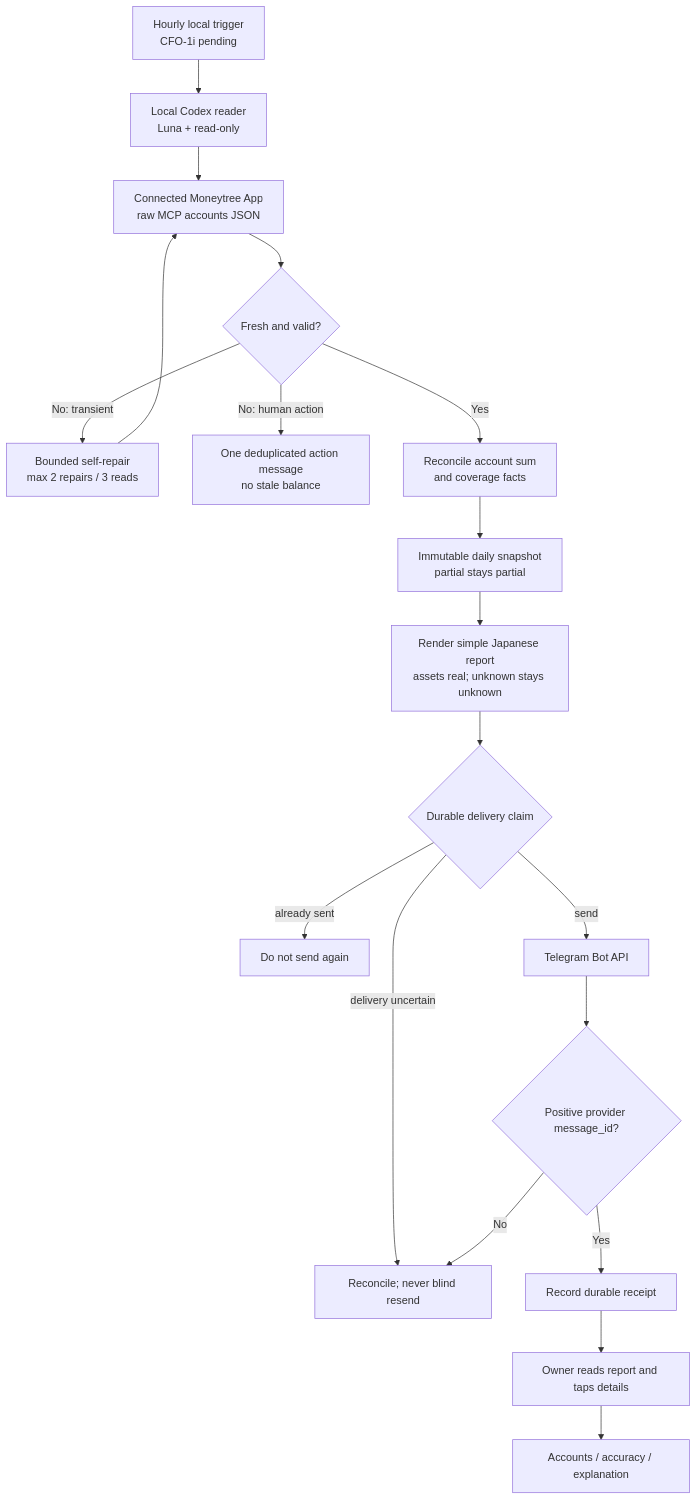
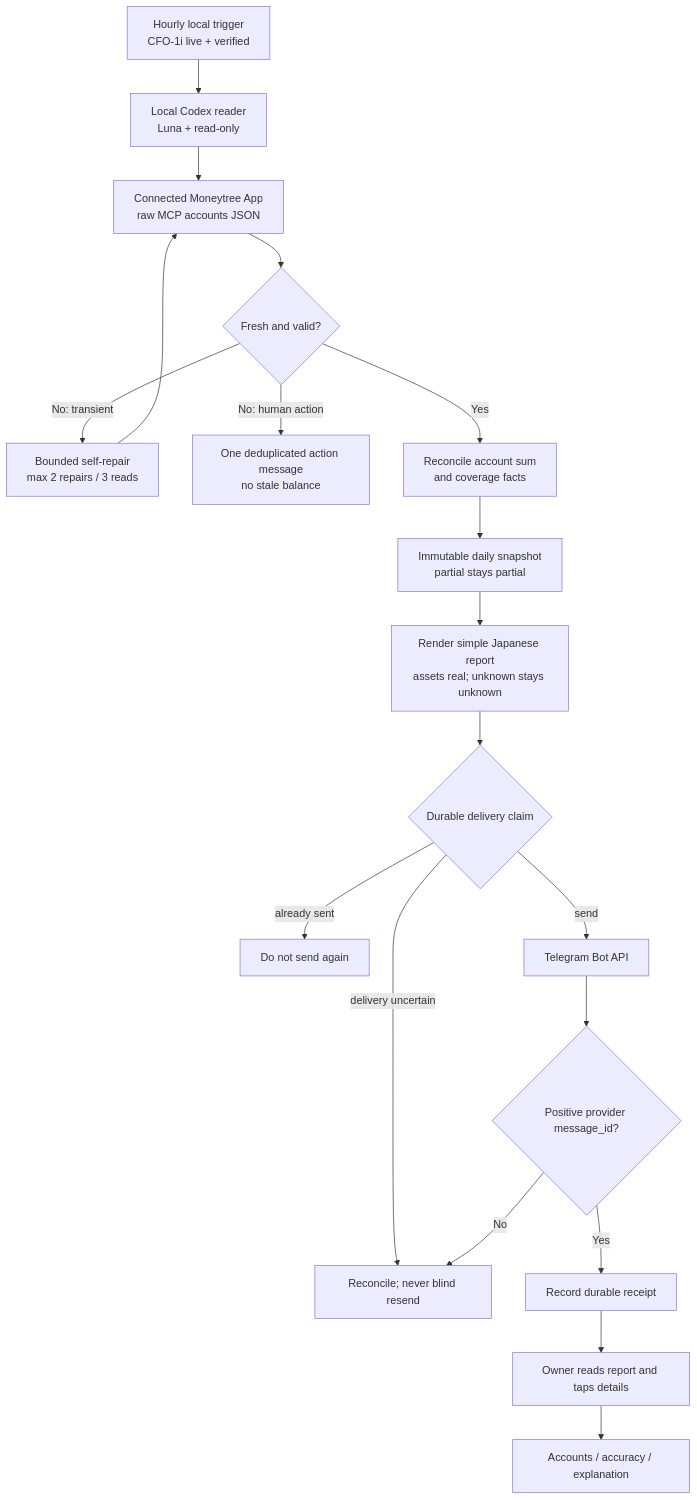
The second of 9 diagrams in docs/superpowers/specs/2026-08-06-life-manager-cfo-design.md (Daisuke134/anicca), drawn with Mermaid before and after one commit. The commit also changed other lines of this file and 1 other file, not shown here.

Commit message:
docs(cfo): close product stage seven

````diff
--- a/docs/superpowers/specs/2026-08-06-life-manager-cfo-design.md
+++ b/docs/superpowers/specs/2026-08-06-life-manager-cfo-design.md
@@ -92,21 +92,21 @@
 ```mermaid
 flowchart TD
-    CLOCK[Hourly local trigger\nCFO-1i pending] --> CR[Local Codex reader\nLuna + read-only]
+    CLOCK[Hourly local trigger\nCFO-1i live + verified] --> CR[Local Codex reader\nLuna + read-only]
     CR --> MT[Connected Moneytree App\nraw MCP accounts JSON]
     MT --> CHECK{Fresh and valid?}
     CHECK -->|No: transient| REPAIR[Bounded self-repair\nmax 2 repairs / 3 reads]
     REPAIR --> MT
     CHECK -->|No: human action| ONE[One deduplicated action message\nno stale balance]
     CHECK -->|Yes| RECON[Reconcile account sum\nand coverage facts]
     RECON --> SNAP[Immutable daily snapshot\npartial stays partial]
     SNAP --> RENDER[Render simple Japanese report\nassets real; unknown stays unknown]
     RENDER --> CLAIM{Durable delivery claim}
     CLAIM -->|already sent| STOP[Do not send again]
     CLAIM -->|delivery uncertain| HOLD[Reconcile; never blind resend]
     CLAIM -->|send| TG[Telegram Bot API]
     TG --> MID{Positive provider message_id?}
     MID -->|No| HOLD
     MID -->|Yes| RECEIPT[Record durable receipt]
     RECEIPT --> OWNER[Owner reads report and taps details]
     OWNER --> DETAILS[Accounts / accuracy / explanation]
 ```
````
